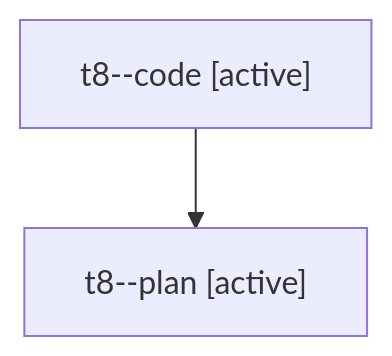
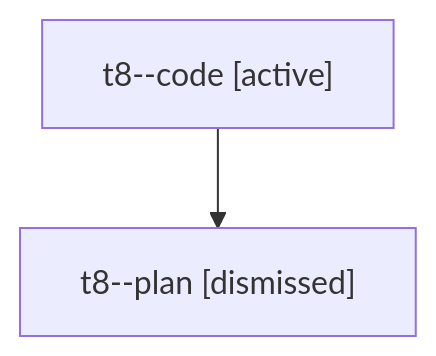
The diagram in sessions/bbugyi200.athena.t8.md (sase-org/sase--agents), drawn with Mermaid before and after one commit. The commit also changed other lines of this file and 15 other files, not shown here.

````diff
--- a/sessions/bbugyi200.athena.t8.md
+++ b/sessions/bbugyi200.athena.t8.md
@@ -9,6 +9,6 @@
 ```mermaid
 flowchart TD
   n0["t8--code [active]"]
-  n1["t8--plan [active]"]
+  n1["t8--plan [dismissed]"]
   n0 --> n1
 ```
````
